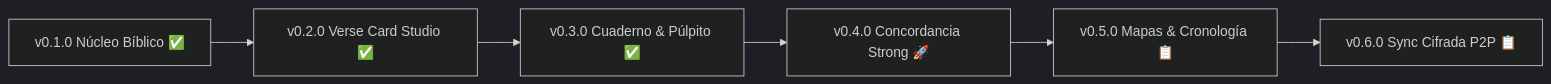
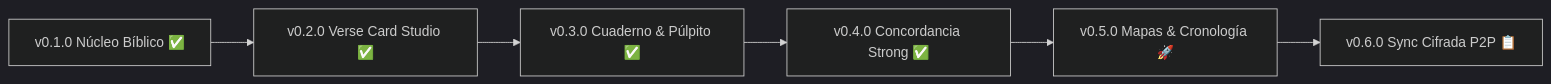
Before and after one commit to SoyJhery/biblia-desktop: the diagram in ROADMAP.md, drawn with Mermaid (dark theme). The commit also changed other lines of this file and 13 other files, not shown here.

First line of the commit message:
feat(lexicon): implementar Concordancia Strong, Léxico Hebreo/Griego y Referencias Cruzadas TSK (v0.4.0)

````diff
--- a/ROADMAP.md
+++ b/ROADMAP.md
@@ -14,8 +14,8 @@
 ```mermaid
 flowchart LR
     A["v0.1.0 Núcleo Bíblico ✅"] --> B["v0.2.0 Verse Card Studio ✅"]
     B --> C["v0.3.0 Cuaderno & Púlpito ✅"]
-    C --> D["v0.4.0 Concordancia Strong 🚀"]
-    D --> E["v0.5.0 Mapas & Cronología 📋"]
+    C --> D["v0.4.0 Concordancia Strong ✅"]
+    D --> E["v0.5.0 Mapas & Cronología 🚀"]
     E --> F["v0.6.0 Sync Cifrada P2P 📋"]
 ```
````
